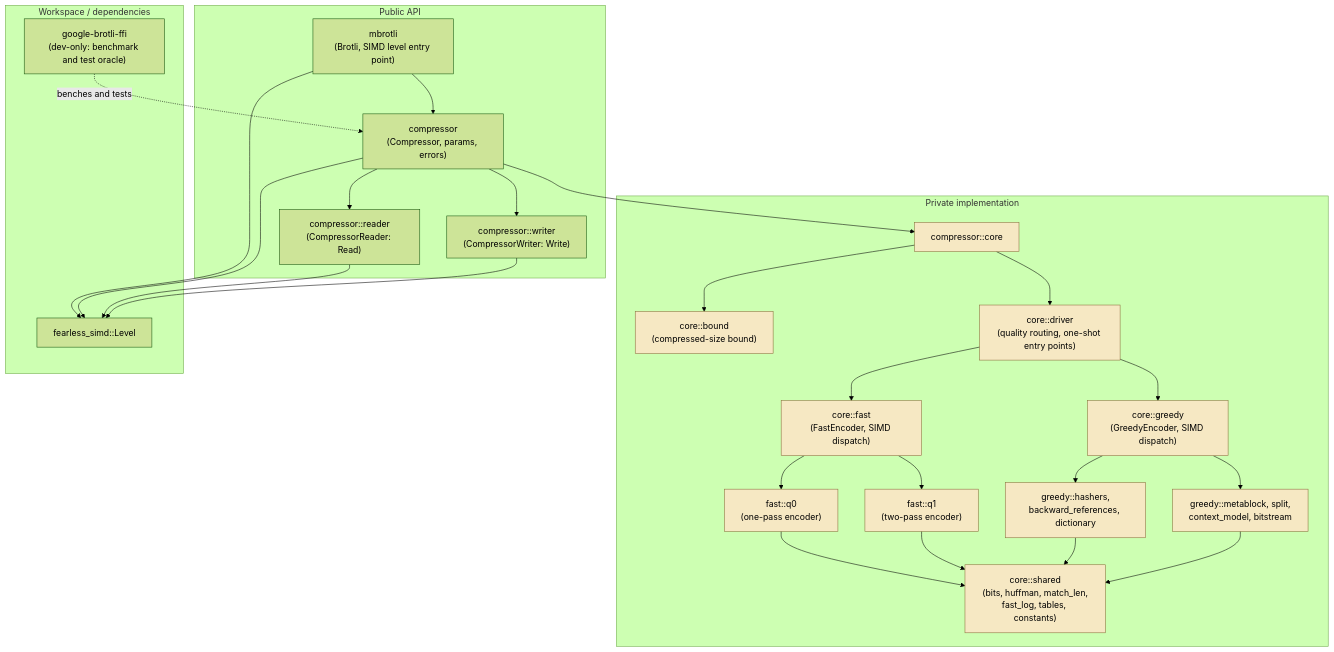
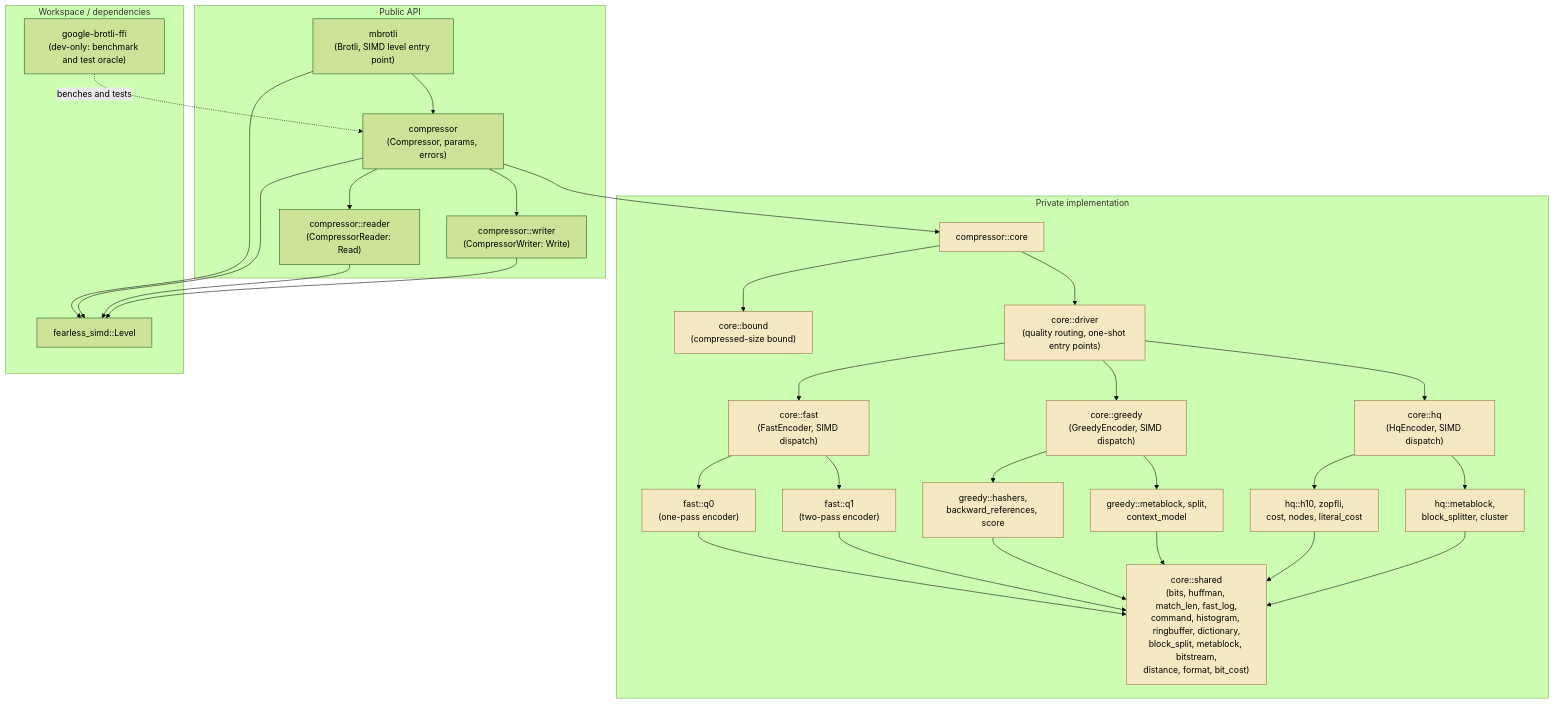
The diagram in architecture/README.md (Mnwa/mbrotli), drawn with Mermaid (forest theme) before and after one commit. The commit also changed other lines of this file and 107 other files, not shown here.

````diff
--- a/architecture/README.md
+++ b/architecture/README.md
@@ -19,52 +20,60 @@
 ```mermaid
 graph TD
     subgraph public["Public API"]
         lib["mbrotli<br/>(Brotli, SIMD level entry point)"]
         comp["compressor<br/>(Compressor, params, errors)"]
         reader["compressor::reader<br/>(CompressorReader: Read)"]
         writer["compressor::writer<br/>(CompressorWriter: Write)"]
     end
 
     subgraph private["Private implementation"]
         core["compressor::core"]
         bound["core::bound<br/>(compressed-size bound)"]
         driver["core::driver<br/>(quality routing, one-shot entry points)"]
-        shared["core::shared<br/>(bits, huffman, match_len,<br/>fast_log, tables, constants)"]
+        shared["core::shared<br/>(bits, huffman, match_len, fast_log,<br/>command, histogram, ringbuffer, dictionary,<br/>block_split, metablock, bitstream,<br/>distance, format, bit_cost)"]
         fast["core::fast<br/>(FastEncoder, SIMD dispatch)"]
         q0["fast::q0<br/>(one-pass encoder)"]
         q1["fast::q1<br/>(two-pass encoder)"]
         greedy["core::greedy<br/>(GreedyEncoder, SIMD dispatch)"]
-        gsearch["greedy::hashers,<br/>backward_references, dictionary"]
-        gblock["greedy::metablock, split,<br/>context_model, bitstream"]
+        gsearch["greedy::hashers,<br/>backward_references, score"]
+        gblock["greedy::metablock, split,<br/>context_model"]
+        hq["core::hq<br/>(HqEncoder, SIMD dispatch)"]
+        hsearch["hq::h10, zopfli,<br/>cost, nodes, literal_cost"]
+        hblock["hq::metablock,<br/>block_splitter, cluster"]
     end
 
     subgraph external["Workspace / dependencies"]
         simd["fearless_simd::Level"]
         ffi["google-brotli-ffi<br/>(dev-only: benchmark and test oracle)"]
     end
 
     lib --> comp
     comp --> reader
     comp --> writer
     comp --> core
     core --> bound
     core --> driver
     driver --> fast
     driver --> greedy
+    driver --> hq
     fast --> q0
     fast --> q1
     greedy --> gsearch
     greedy --> gblock
+    hq --> hsearch
+    hq --> hblock
     q0 --> shared
     q1 --> shared
     gsearch --> shared
     gblock --> shared
+    hsearch --> shared
+    hblock --> shared
     lib --> simd
     comp --> simd
     reader --> simd
     writer --> simd
     ffi -.->|benches and tests| comp
 
     classDef privateNode fill:#f6e8c3,stroke:#8a6d3b;
-    class core,bound,driver,shared,fast,q0,q1,greedy,gsearch,gblock privateNode;
+    class core,bound,driver,shared,fast,q0,q1,greedy,gsearch,gblock,hq,hsearch,hblock privateNode;
 ```
````
